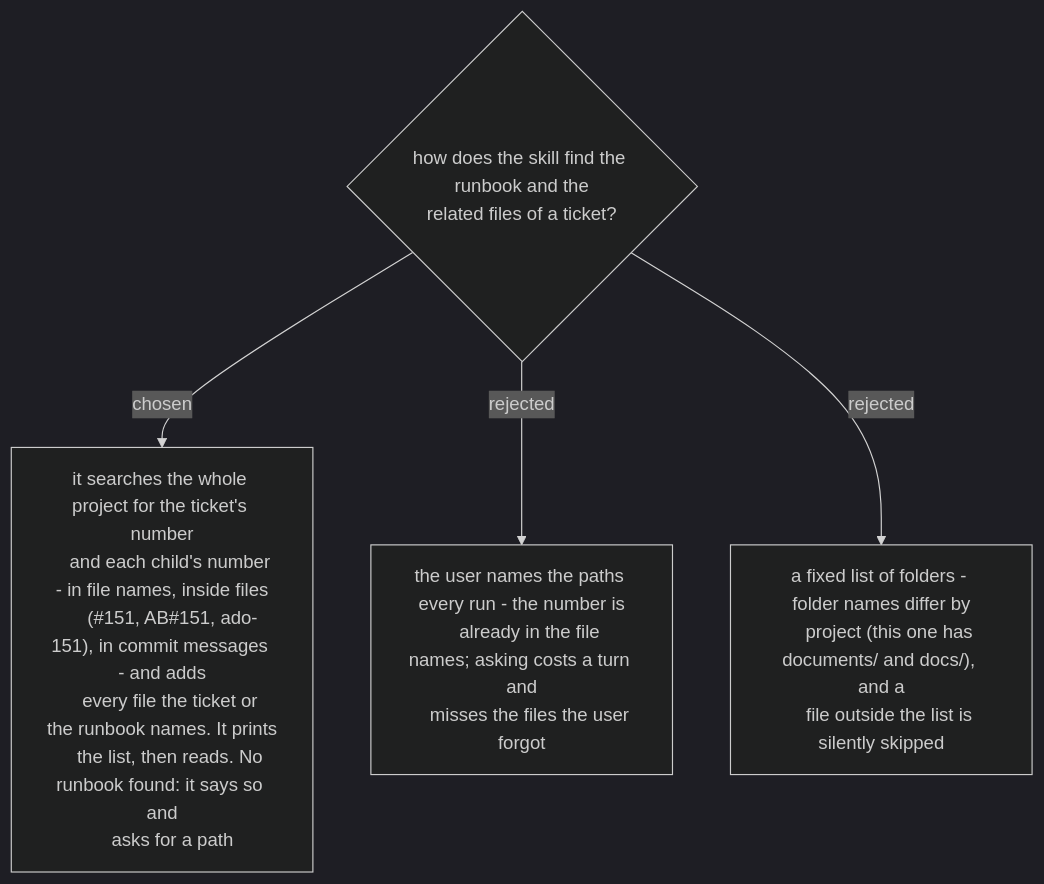
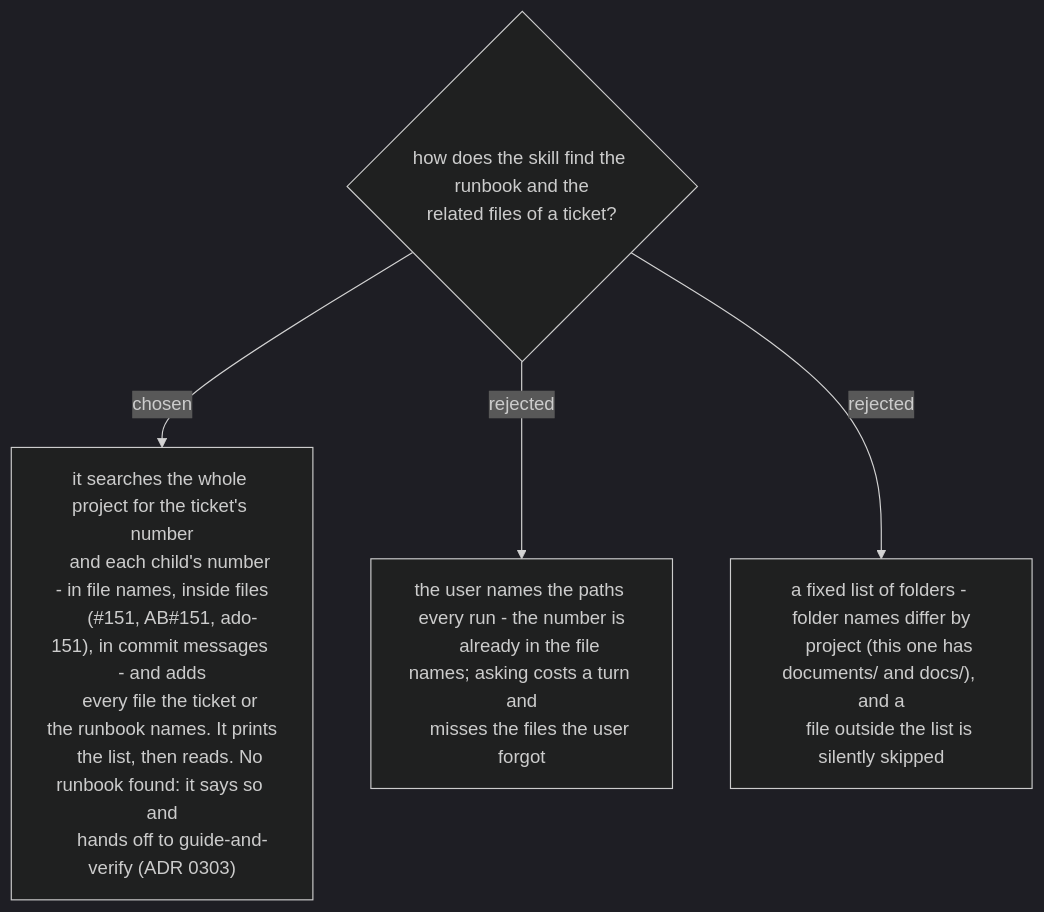
Before and after one commit to ThodsaphonSonthiphin/workflow-daily-work: the diagram in docs/adr/workflow-daily-work-0300-related-files-are-found-by-the-ticket-number-and-listed-before-they-are-read.md, drawn with Mermaid (dark theme). The commit also changed other lines of this file and 2 other files, not shown here.

Commit message:
docs(resolve-the-ticket): eval 0 counts the split filter as two rows; ADR 0300 points at the guide-and-verify hand-off; spec approved

````diff
--- a/docs/adr/workflow-daily-work-0300-related-files-are-found-by-the-ticket-number-and-listed-before-they-are-read.md
+++ b/docs/adr/workflow-daily-work-0300-related-files-are-found-by-the-ticket-number-and-listed-before-they-are-read.md
@@ -3,15 +3,15 @@
 ```mermaid
 flowchart TD
     Q{"how does the skill find the runbook and the<br/>related files of a ticket?"} -->|chosen| A["it searches the whole project for the ticket's number
     and each child's number - in file names, inside files
     (#151, AB#151, ado-151), in commit messages - and adds
     every file the ticket or the runbook names. It prints
     the list, then reads. No runbook found: it says so and
-    asks for a path"]
+    hands off to guide-and-verify (ADR 0303)"]
     Q -->|rejected| B["the user names the paths every run - the number is
     already in the file names; asking costs a turn and
     misses the files the user forgot"]
     Q -->|rejected| C["a fixed list of folders - folder names differ by
     project (this one has documents/ and docs/), and a
     file outside the list is silently skipped"]
 ```
````
